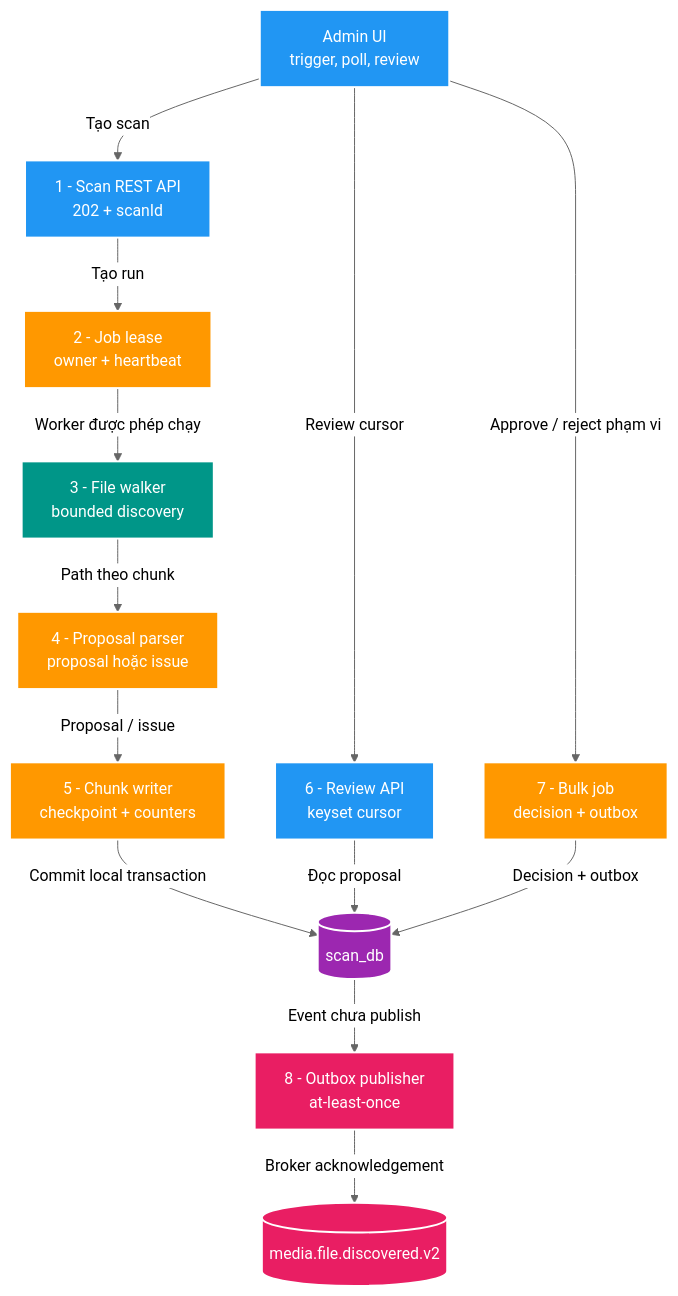
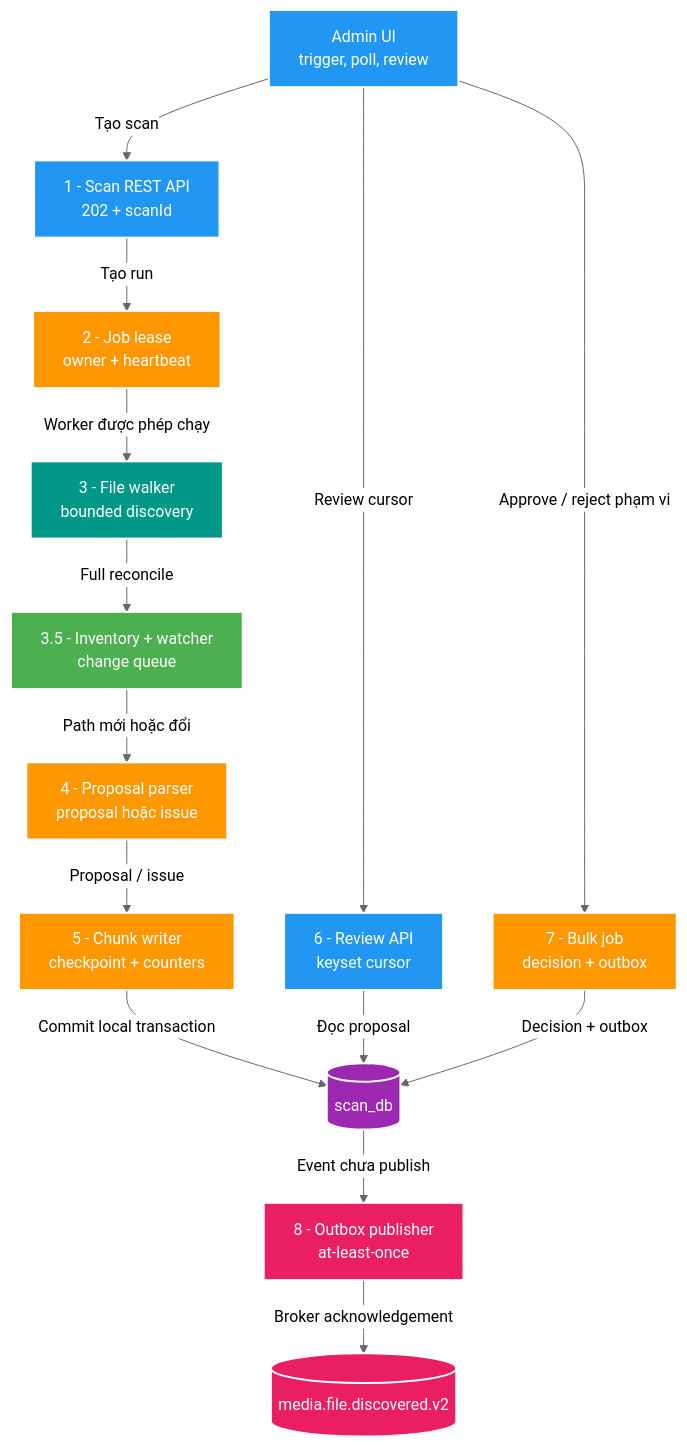
One commit to HungPhan200591/file-mngt-be-v2 changed the first of 6 diagrams in manual/learning/use-cases/scale-capacity/sc-01-scan-one-million-filesystem-entry/02-architecture-touchpoints-and-flows.md. Above: the diagram before and after it, drawn with Mermaid (neutral theme). The commit also changed other lines of this file and 2 other files, not shown here.

Commit message:
feat: add incremental scan architecture with file watcher and change queue

````diff
--- a/manual/learning/use-cases/scale-capacity/sc-01-scan-one-million-filesystem-entry/02-architecture-touchpoints-and-flows.md
+++ b/manual/learning/use-cases/scale-capacity/sc-01-scan-one-million-filesystem-entry/02-architecture-touchpoints-and-flows.md
@@ -11,39 +11,42 @@
 ```mermaid
 flowchart TD
     FE["<font color='white'>Admin UI<br/>trigger, poll, review</font>"]
     API["<font color='white'>1 - Scan REST API<br/>202 + scanId</font>"]
     LEASE["<font color='white'>2 - Job lease<br/>owner + heartbeat</font>"]
     WALK["<font color='white'>3 - File walker<br/>bounded discovery</font>"]
+    INVENTORY["<font color='white'>3.5 - Inventory + watcher<br/>change queue</font>"]
     PARSER["<font color='white'>4 - Proposal parser<br/>proposal hoặc issue</font>"]
     BATCH["<font color='white'>5 - Chunk writer<br/>checkpoint + counters</font>"]
     DB[("<font color='white'>scan_db</font>")]
     QUERY["<font color='white'>6 - Review API<br/>keyset cursor</font>"]
     BULK["<font color='white'>7 - Bulk job<br/>decision + outbox</font>"]
     PUB["<font color='white'>8 - Outbox publisher<br/>at-least-once</font>"]
     KAFKA[("<font color='white'>media.file.discovered.v2</font>")]
 
     FE -->|"Tạo scan"| API
     API -->|"Tạo run"| LEASE
     LEASE -->|"Worker được phép chạy"| WALK
-    WALK -->|"Path theo chunk"| PARSER
+    WALK -->|"Full reconcile"| INVENTORY
+    INVENTORY -->|"Path mới hoặc đổi"| PARSER
     PARSER -->|"Proposal / issue"| BATCH
     BATCH -->|"Commit local transaction"| DB
     FE -->|"Review cursor"| QUERY
     QUERY -->|"Đọc proposal"| DB
     FE -->|"Approve / reject phạm vi"| BULK
     BULK -->|"Decision + outbox"| DB
     DB -->|"Event chưa publish"| PUB
     PUB -->|"Broker acknowledgement"| KAFKA
 
     style FE fill:#2196F3,stroke:#fff,stroke-width:2px
     style API fill:#2196F3,stroke:#fff,stroke-width:2px
     style LEASE fill:#FF9800,stroke:#fff,stroke-width:2px
     style WALK fill:#009688,stroke:#fff,stroke-width:2px
+    style INVENTORY fill:#4CAF50,stroke:#fff,stroke-width:2px
     style PARSER fill:#FF9800,stroke:#fff,stroke-width:2px
     style BATCH fill:#FF9800,stroke:#fff,stroke-width:2px
     style DB fill:#9C27B0,stroke:#fff,stroke-width:2px
     style QUERY fill:#2196F3,stroke:#fff,stroke-width:2px
     style BULK fill:#FF9800,stroke:#fff,stroke-width:2px
     style PUB fill:#E91E63,stroke:#fff,stroke-width:2px
     style KAFKA fill:#E91E63,stroke:#fff,stroke-width:2px
 ```
````
